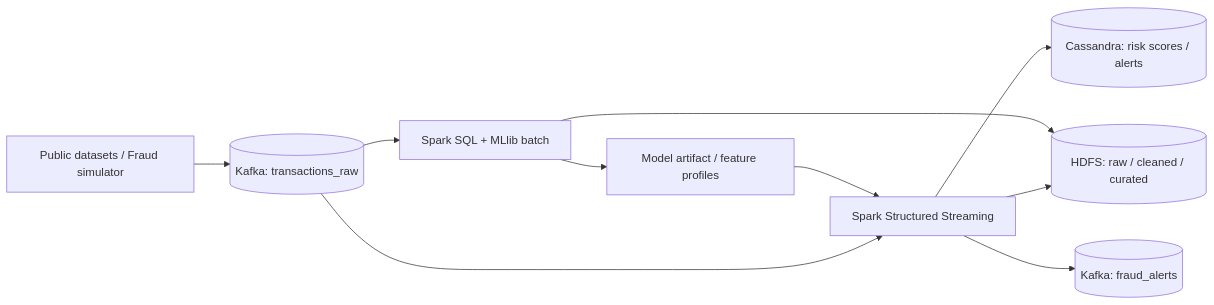
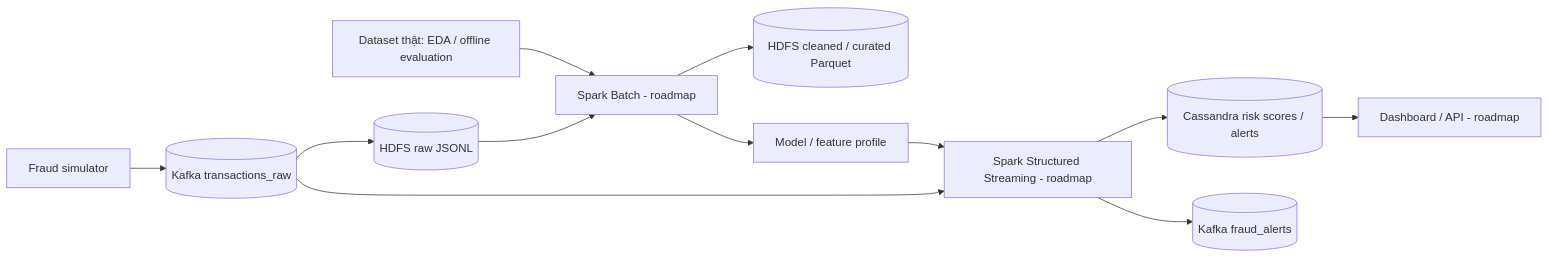
The diagram in docs/checkpoint_1.md (hieunguyen-cyber/BigData_Project), drawn with Mermaid before and after one commit. The commit also changed other lines of this file and 16 other files, not shown here.

````diff
--- a/docs/checkpoint_1.md
+++ b/docs/checkpoint_1.md
@@ -32,12 +83,14 @@
 ```mermaid
 flowchart LR
-    A[Public datasets / Fraud simulator] --> B[(Kafka: transactions_raw)]
-    B --> C[Spark Structured Streaming]
-    B --> D[Spark SQL + MLlib batch]
-    C --> E[(HDFS: raw / cleaned / curated)]
-    D --> E
-    D --> F[Model artifact / feature profiles]
-    F --> C
-    C --> G[(Cassandra: risk scores / alerts)]
-    C --> H[(Kafka: fraud_alerts)]
+    A[Dataset thật: EDA / offline evaluation] --> D[Spark Batch - roadmap]
+    B[Fraud simulator] --> K[(Kafka transactions_raw)]
+    K --> H[(HDFS raw JSONL)]
+    K --> S[Spark Structured Streaming - roadmap]
+    H --> D
+    D --> C[(HDFS cleaned / curated Parquet)]
+    D --> M[Model / feature profile]
+    M --> S
+    S --> CS[(Cassandra risk scores / alerts)]
+    S --> KA[(Kafka fraud_alerts)]
+    CS --> UI[Dashboard / API - roadmap]
 ```
````
